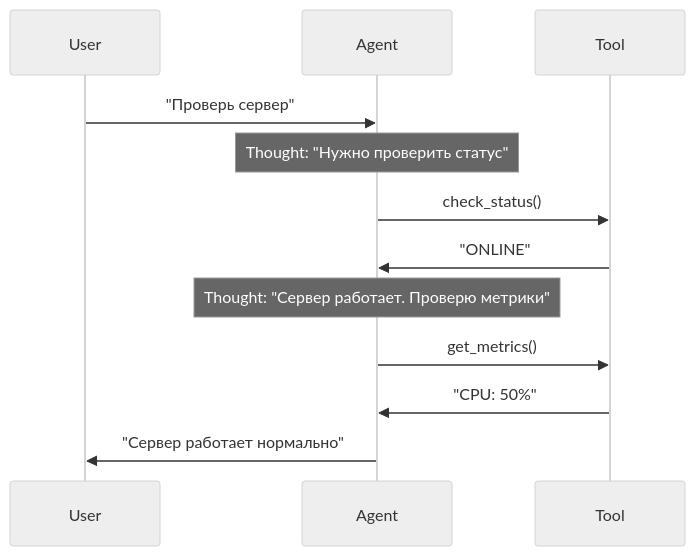
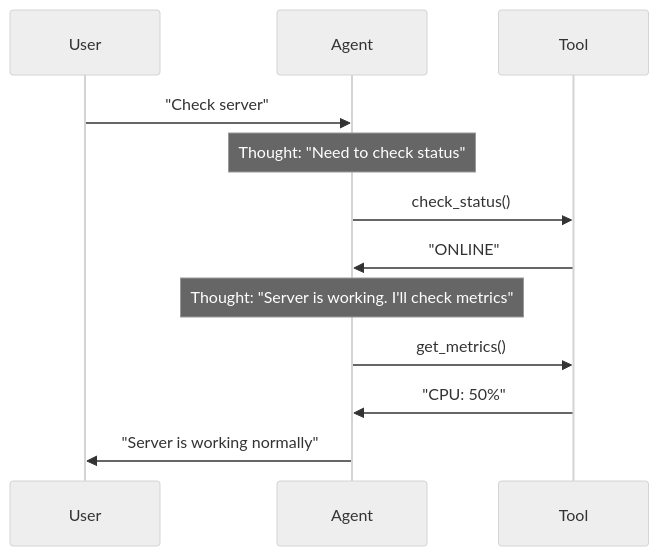
Before and after one commit to kshvakov/ai-agent-course: the diagram in docs/book/03-agent-architecture/README.md, drawn with Mermaid (neutral theme). The commit also changed other lines of this file and 42 other files, not shown here.

````diff
--- a/docs/book/03-agent-architecture/README.md
+++ b/docs/book/03-agent-architecture/README.md
@@ -582,15 +582,15 @@
 ```mermaid
 sequenceDiagram
     participant User
     participant Agent
     participant Tool
 
-    User->>Agent: "Проверь сервер"
-    Note over Agent: Thought: "Нужно проверить статус"
+    User->>Agent: "Check server"
+    Note over Agent: Thought: "Need to check status"
     Agent->>Tool: check_status()
     Tool->>Agent: "ONLINE"
-    Note over Agent: Thought: "Сервер работает. Проверю метрики"
+    Note over Agent: Thought: "Server is working. I'll check metrics"
     Agent->>Tool: get_metrics()
     Tool->>Agent: "CPU: 50%"
-    Agent->>User: "Сервер работает нормально"
+    Agent->>User: "Server is working normally"
 ```
````
